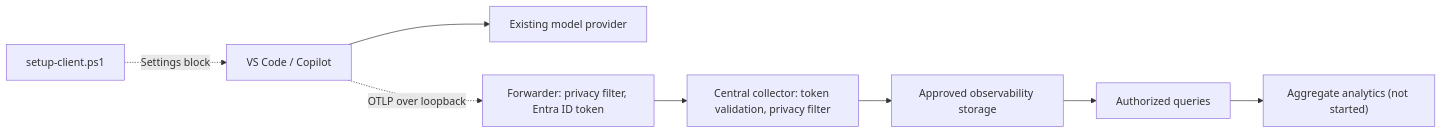
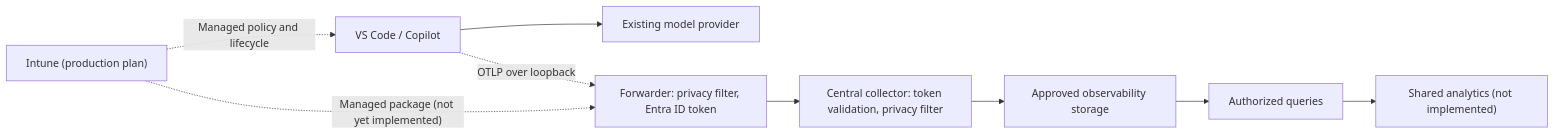
One commit to microsoft/copilot-insights changed the diagram in docs/architecture.md. Above: the diagram before and after it, drawn with Mermaid. The commit also changed other lines of this file and 41 other files, not shown here.

````diff
--- a/docs/architecture.md
+++ b/docs/architecture.md
@@ -9,10 +9,11 @@
 ```mermaid
 flowchart LR
-    Setup["setup-client.ps1"] -. "Settings block" .-> Editor["VS Code / Copilot"]
+    Management["Intune (production plan)"] -. "Managed policy and lifecycle" .-> Editor["VS Code / Copilot"]
     Editor --> Model["Existing model provider"]
     Editor -. "OTLP over loopback" .-> Forwarder["Forwarder: privacy filter, Entra ID token"]
+    Management -. "Managed package (not yet implemented)" .-> Forwarder
     Forwarder --> Collector["Central collector: token validation, privacy filter"]
     Collector --> Store["Approved observability storage"]
     Store --> Query["Authorized queries"]
-    Query --> View["Aggregate analytics (not started)"]
+    Query --> View["Shared analytics (not implemented)"]
 ```
````
